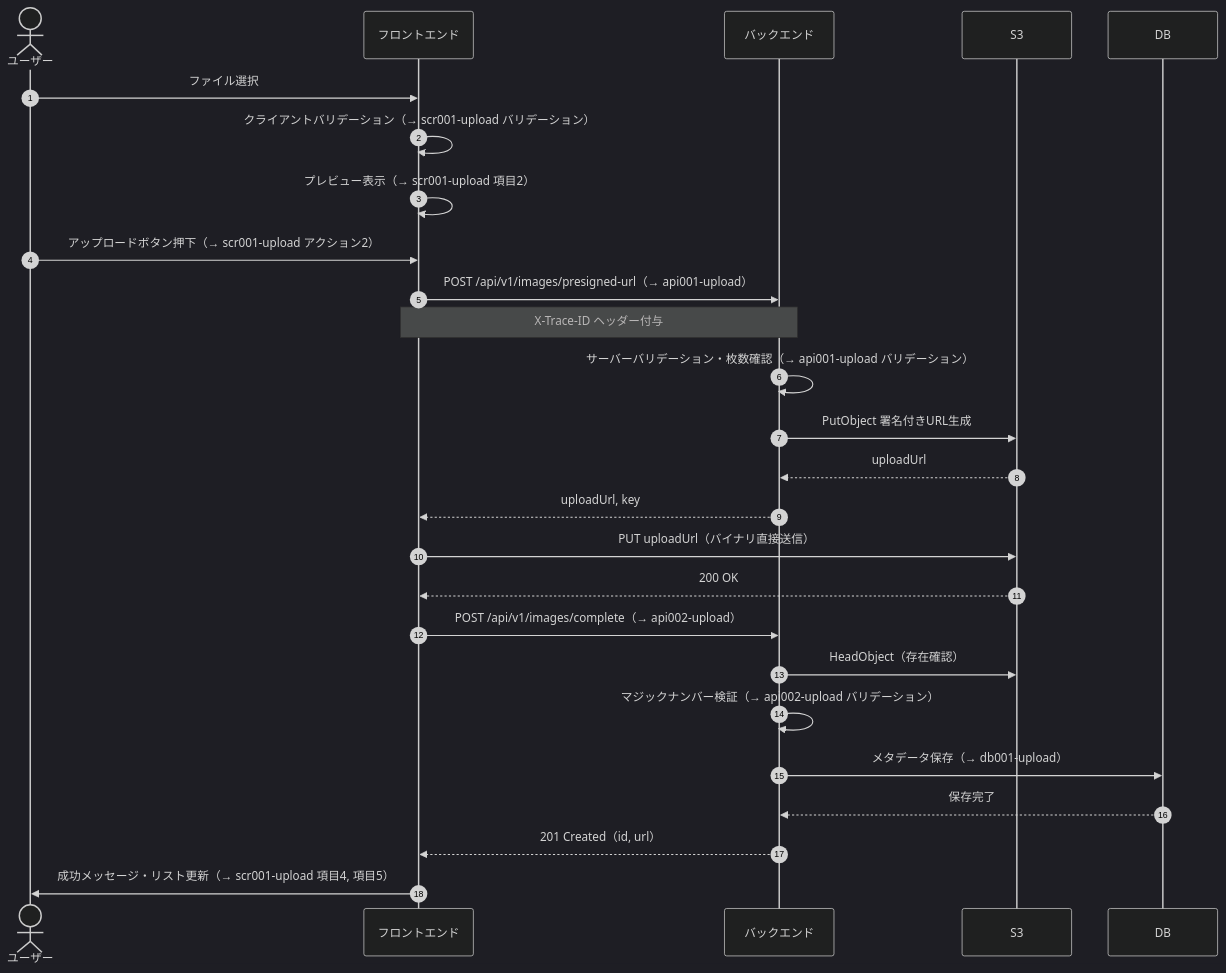
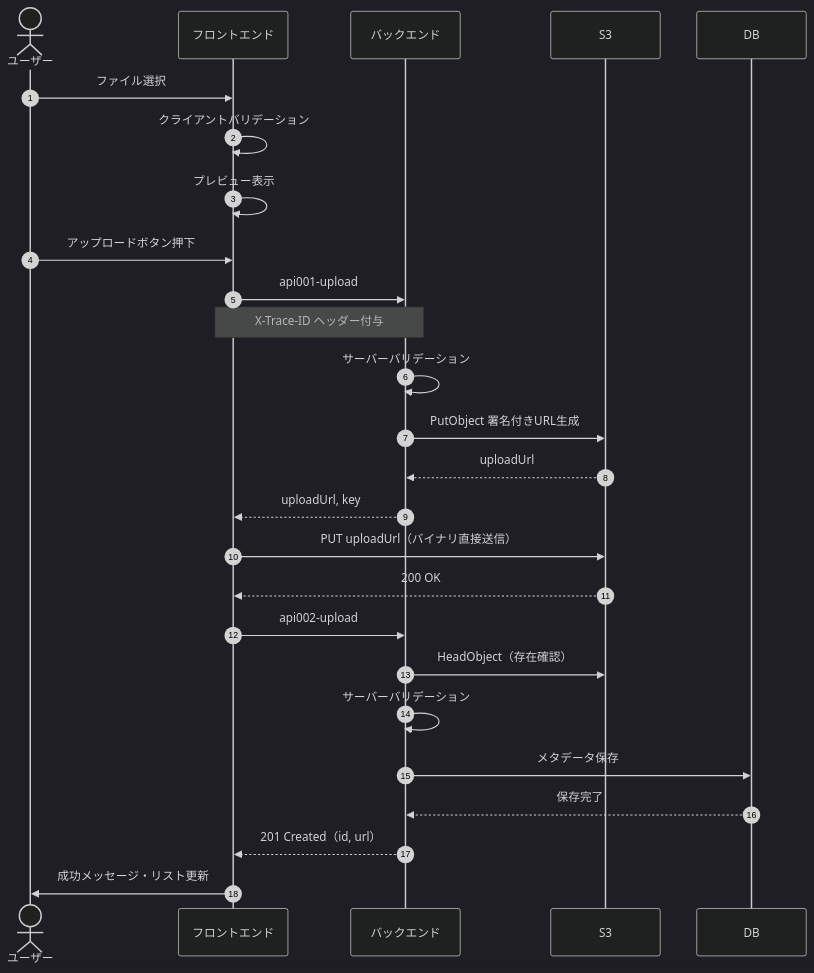
Before and after one commit to Hitamuki/spec-driven-development: the second of 3 diagrams in specs/hugo/content/design/interaction/ia001-upload.md, drawn with Mermaid (dark theme). The commit also changed other lines of this file and 20 other files, not shown here.

````diff
--- a/specs/hugo/content/design/interaction/ia001-upload.md
+++ b/specs/hugo/content/design/interaction/ia001-upload.md
@@ -53,34 +57,34 @@
 ```mermaid
 sequenceDiagram
     autonumber
     actor User as ユーザー
     participant FE as フロントエンド
     participant BE as バックエンド
     participant S3 as S3
     participant DB as DB
 
     User->>FE: ファイル選択
-    FE->>FE: クライアントバリデーション（→ scr001-upload バリデーション）
-    FE->>FE: プレビュー表示（→ scr001-upload 項目2）
+    FE->>FE: クライアントバリデーション
+    FE->>FE: プレビュー表示
 
-    User->>FE: アップロードボタン押下（→ scr001-upload アクション2）
-    FE->>BE: POST /api/v1/images/presigned-url（→ api001-upload）
+    User->>FE: アップロードボタン押下
+    FE->>BE: api001-upload
     Note over FE,BE: X-Trace-ID ヘッダー付与
 
-    BE->>BE: サーバーバリデーション・枚数確認（→ api001-upload バリデーション）
+    BE->>BE: サーバーバリデーション
     BE->>S3: PutObject 署名付きURL生成
     S3-->>BE: uploadUrl
     BE-->>FE: uploadUrl, key
 
     FE->>S3: PUT uploadUrl（バイナリ直接送信）
     S3-->>FE: 200 OK
 
-    FE->>BE: POST /api/v1/images/complete（→ api002-upload）
+    FE->>BE: api002-upload
     BE->>S3: HeadObject（存在確認）
-    BE->>BE: マジックナンバー検証（→ api002-upload バリデーション）
-    BE->>DB: メタデータ保存（→ db001-upload）
+    BE->>BE: サーバーバリデーション
+    BE->>DB: メタデータ保存
     DB-->>BE: 保存完了
     BE-->>FE: 201 Created（id, url）
 
-    FE->>User: 成功メッセージ・リスト更新（→ scr001-upload 項目4, 項目5）
+    FE->>User: 成功メッセージ・リスト更新
 ```
````
